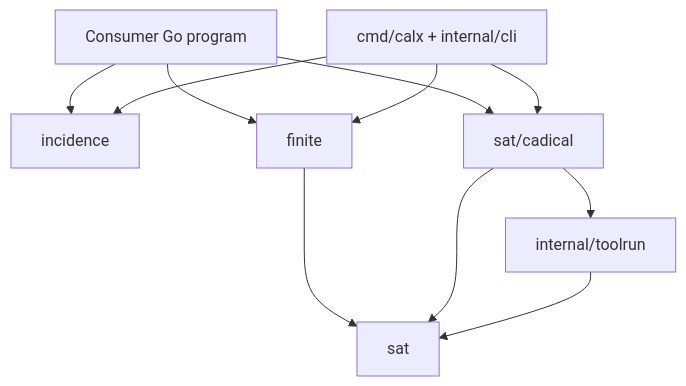
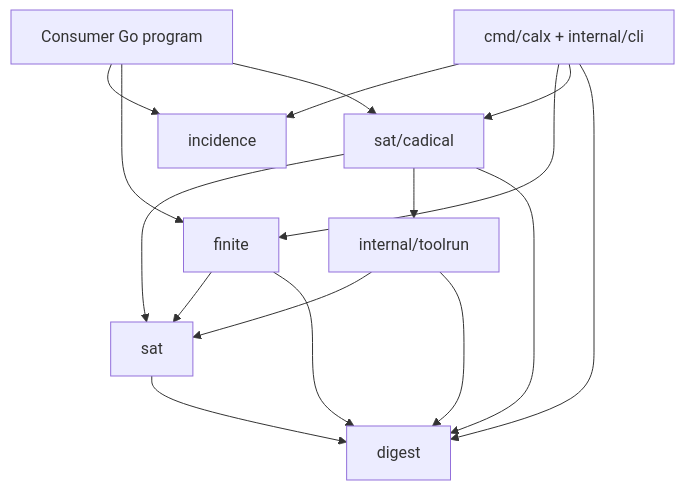
The first of 2 diagrams in docs/architecture.md (Yui-Qi-Tang/calx), drawn with Mermaid before and after one commit. The commit also changed other lines of this file and 38 other files, not shown here.

First line of the commit message:
feat: add shared digest type, CLI v2 and inconclusive UNKNOWN contract

````diff
--- a/docs/architecture.md
+++ b/docs/architecture.md
@@ -13,13 +15,18 @@
 ```mermaid
 flowchart TD
     Consumer["Consumer Go program"] --> Incidence["incidence"]
     Consumer --> Finite["finite"]
     Consumer --> Cadical["sat/cadical"]
     CLI["cmd/calx + internal/cli"] --> Incidence
     CLI --> Finite
     CLI --> Cadical
     Finite --> SAT["sat"]
     Cadical --> SAT
     Cadical --> Toolrun["internal/toolrun"]
     Toolrun --> SAT
+    SAT --> Digest["digest"]
+    Finite --> Digest
+    Cadical --> Digest
+    Toolrun --> Digest
+    CLI --> Digest
 ```
````
